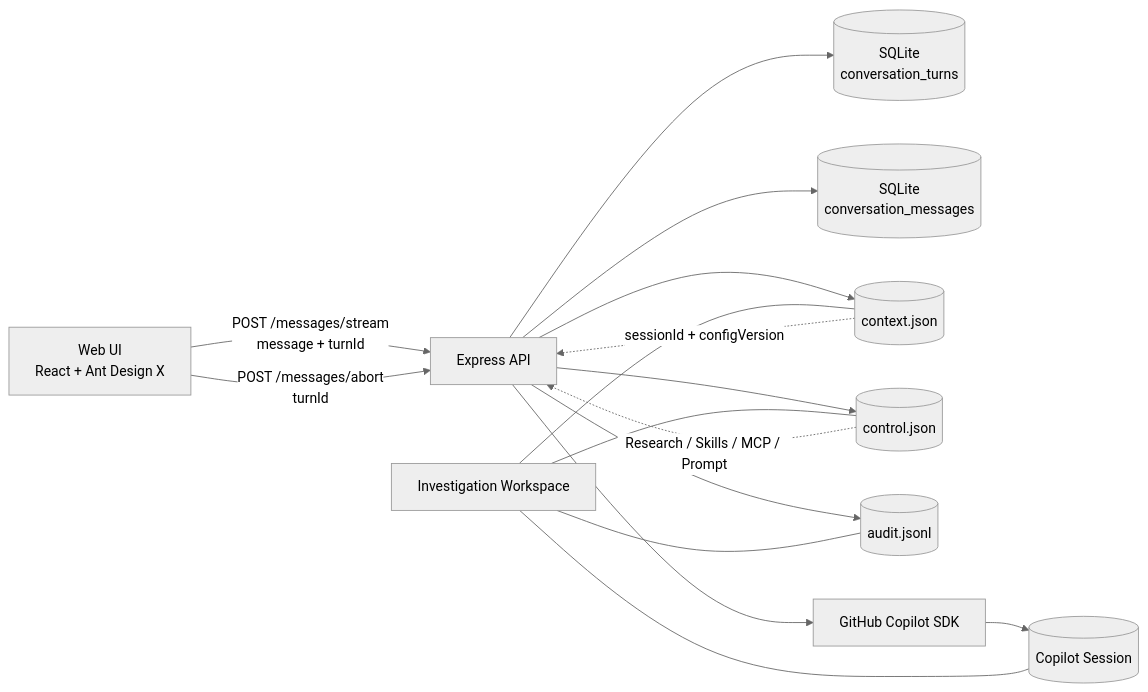
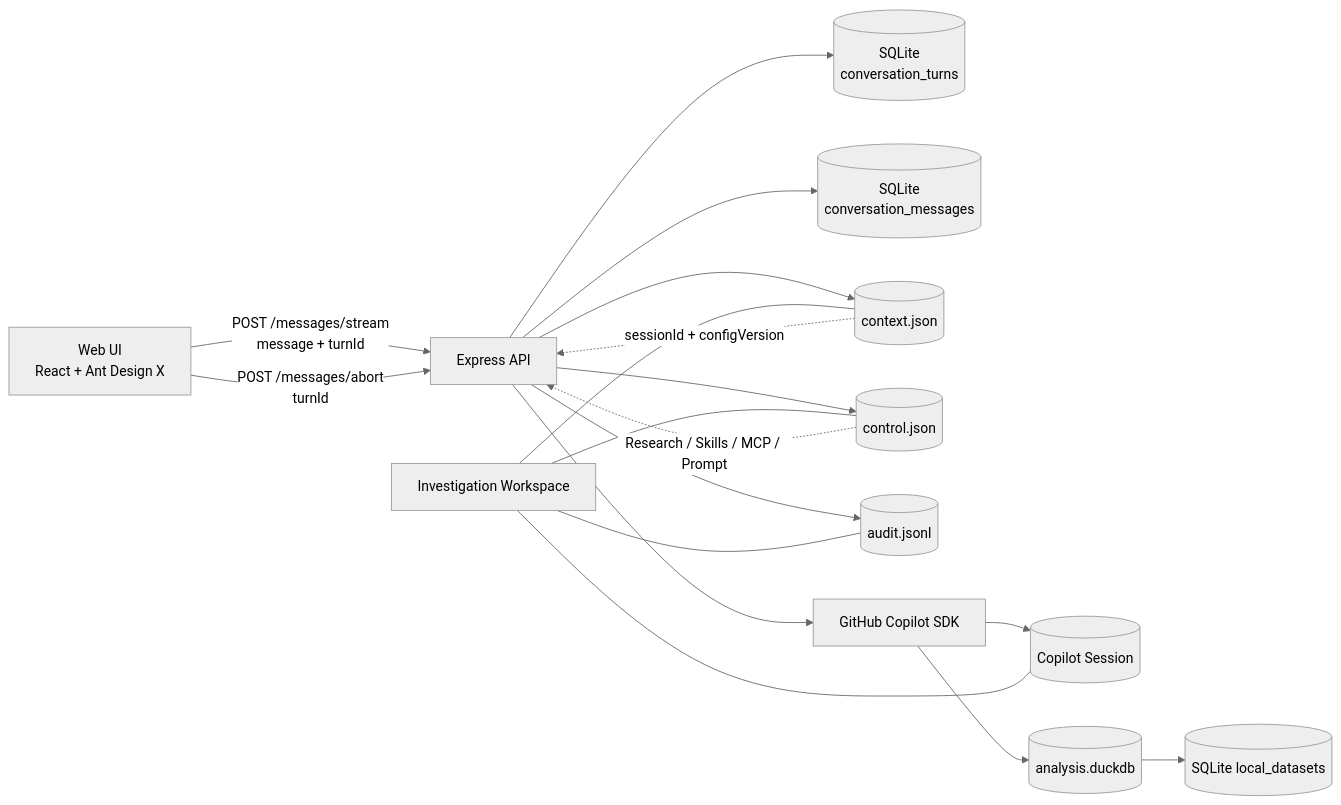
One commit to saga/agentic-data-architect changed the first of 8 diagrams in docs/data-control-flow.md. Above: the diagram before and after it, drawn with Mermaid (neutral theme). The commit also changed other lines of this file, not shown here.

Commit message:
document local data control and runtime flow

```diff
--- a/docs/data-control-flow.md
+++ b/docs/data-control-flow.md
@@ -36,31 +36,35 @@
 ~~~mermaid
 flowchart LR
     Browser[Web UI<br/>React + Ant Design X]
     API[Express API]
     Turn[(SQLite<br/>conversation_turns)]
     Msg[(SQLite<br/>conversation_messages)]
     Context[(context.json)]
     Control[(control.json)]
     Audit[(audit.jsonl)]
     Copilot[GitHub Copilot SDK]
     Session[(Copilot Session)]
     Workspace[Investigation Workspace]
+    DuckDB[(analysis.duckdb)]
+    Dataset[(SQLite local_datasets)]
 
     Browser -->|POST /messages/stream<br/>message + turnId| API
     Browser -->|POST /messages/abort<br/>turnId| API
     API --> Turn
     API --> Msg
     API --> Context
     API --> Control
     API --> Audit
     API --> Copilot
+    Copilot --> DuckDB
+    DuckDB --> Dataset
     Copilot --> Session
 
     Context -.->|sessionId + configVersion| API
     Control -.->|Research / Skills / MCP / Prompt| API
 
     Workspace --- Context
     Workspace --- Control
     Workspace --- Audit
     Workspace --- Session
 ~~~
```
